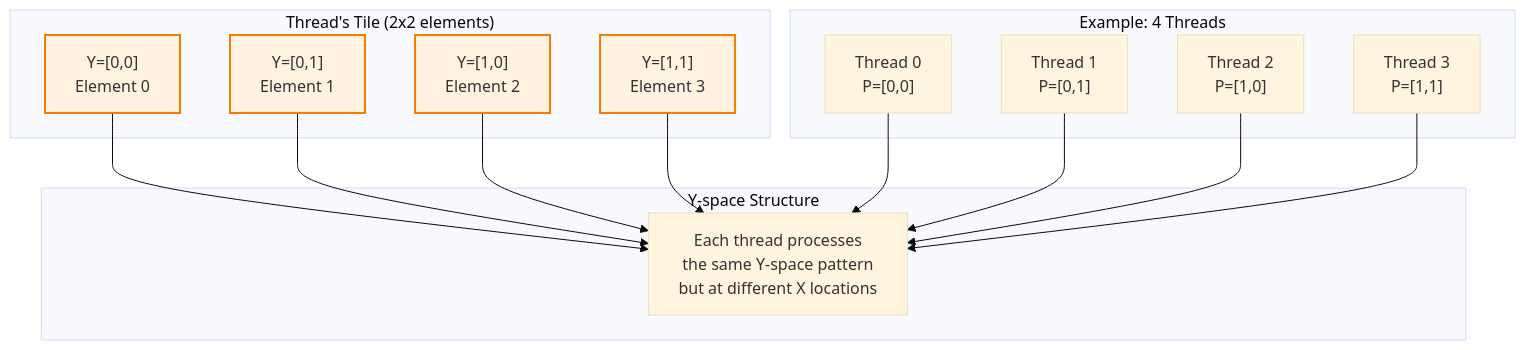
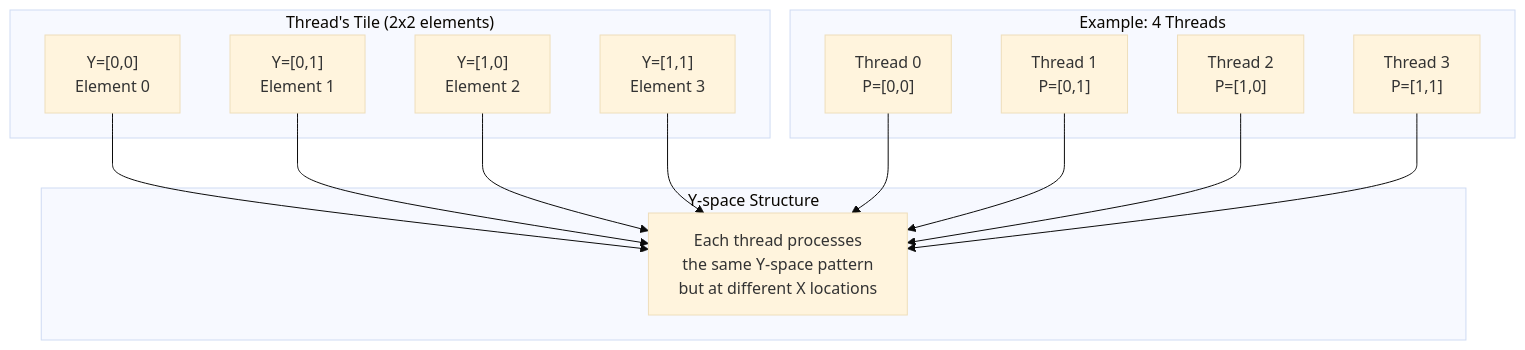
Before and after one commit to hdt98/rocm-libraries: the third of 6 diagrams in projects/composablekernel/docs/conceptual/ck_tile/coordinate_systems.rst, drawn with Mermaid (base theme). The commit also changed other lines of this file and 21 other files, not shown here.

First line of the commit message:
[ck] Updated CK Tile documentation to use mermaid diagrams (#7955)

```diff
--- a/projects/composablekernel/docs/conceptual/ck_tile/coordinate_systems.rst
+++ b/projects/composablekernel/docs/conceptual/ck_tile/coordinate_systems.rst
@@ -182,35 +137,30 @@
-      .. mermaid::
-      
-         graph TB
-             subgraph "Thread's Tile (2x2 elements)"
-                 Y00["Y=[0,0]<br/>Element 0"]
-                 Y01["Y=[0,1]<br/>Element 1"]
-                 Y10["Y=[1,0]<br/>Element 2"]
-                 Y11["Y=[1,1]<br/>Element 3"]
-             end
-   
-             subgraph "Y-space Structure"
-                 YS["Each thread processes<br/>the same Y-space pattern<br/>but at different X locations"]
-             end
-   
-             subgraph "Example: 4 Threads"
-                 T0["Thread 0<br/>P=[0,0]"]
-                 T1["Thread 1<br/>P=[0,1]"]
-                 T2["Thread 2<br/>P=[1,0]"]
-                 T3["Thread 3<br/>P=[1,1]"]
-             end
-   
-             Y00 --> YS
-             Y01 --> YS
-             Y10 --> YS
-             Y11 --> YS
-   
-             T0 --> YS
-             T1 --> YS
-             T2 --> YS
-             T3 --> YS
-   
-             style Y00 fill:#fff3e0,stroke:#f57c00,stroke-width:2px
-             style Y01 fill:#fff3e0,stroke:#f57c00,stroke-width:2px
-             style Y10 fill:#fff3e0,stroke:#f57c00,stroke-width:2px
-             style Y11 fill:#fff3e0,stroke:#f57c00,stroke-width:2px
+.. mermaid::
+
+   graph TB
+       subgraph "Thread's Tile (2x2 elements)"
+           Y00["Y=[0,0]<br/>Element 0"]
+           Y01["Y=[0,1]<br/>Element 1"]
+           Y10["Y=[1,0]<br/>Element 2"]
+           Y11["Y=[1,1]<br/>Element 3"]
+       end
+
+       subgraph "Y-space Structure"
+           YS["Each thread processes<br/>the same Y-space pattern<br/>but at different X locations"]
+       end
+
+       subgraph "Example: 4 Threads"
+           T0["Thread 0<br/>P=[0,0]"]
+           T1["Thread 1<br/>P=[0,1]"]
+           T2["Thread 2<br/>P=[1,0]"]
+           T3["Thread 3<br/>P=[1,1]"]
+       end
+
+       Y00 --> YS
+       Y01 --> YS
+       Y10 --> YS
+       Y11 --> YS
+
+       T0 --> YS
+       T1 --> YS
+       T2 --> YS
+       T3 --> YS
```
